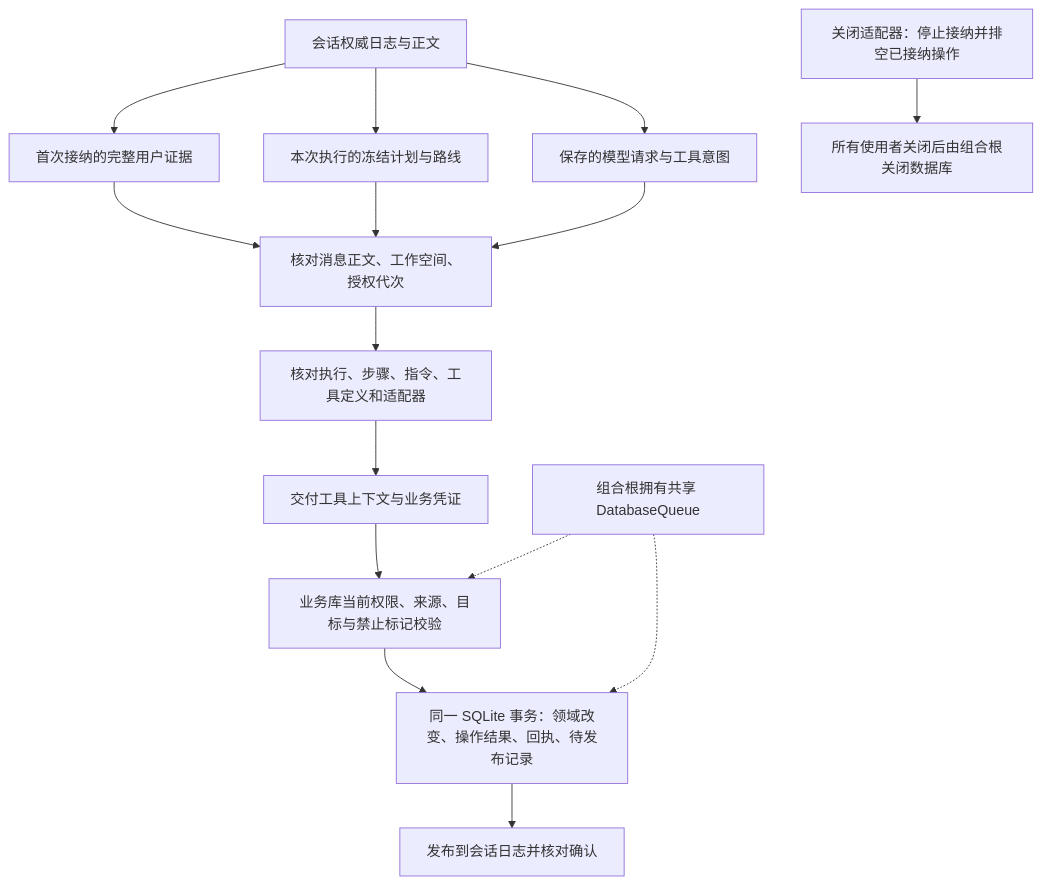
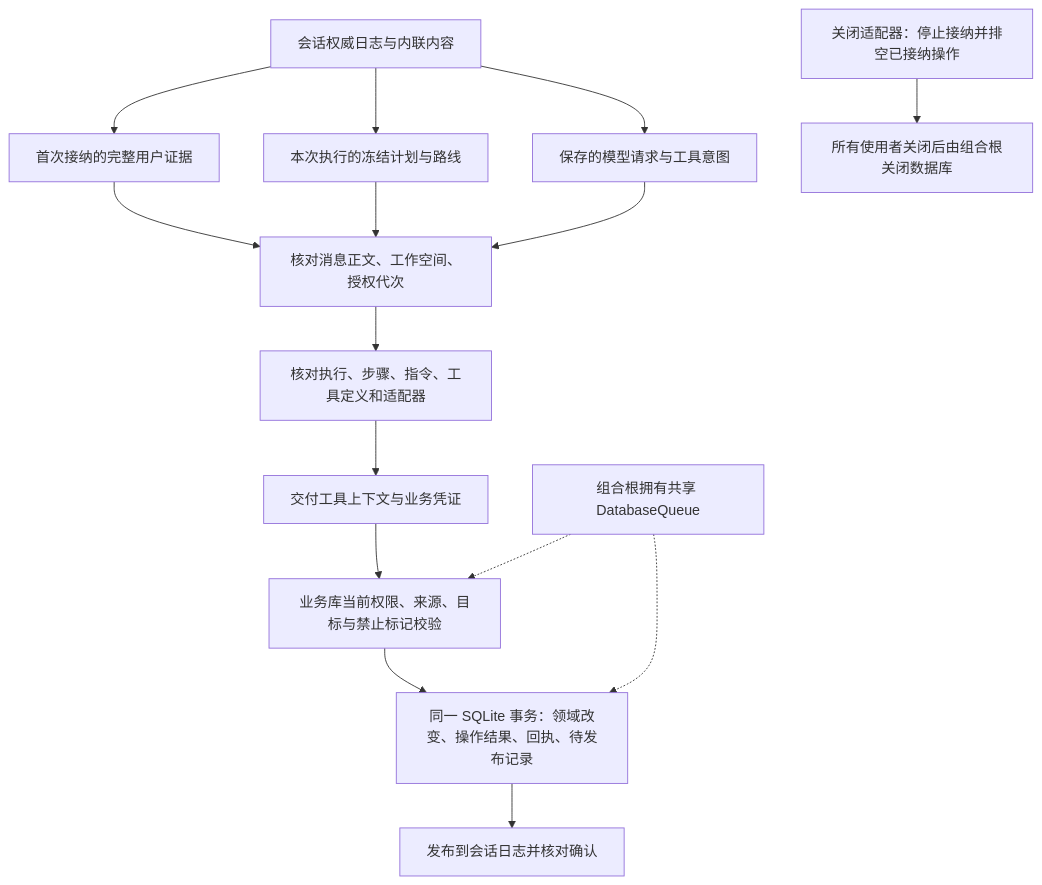
One commit to alwynou/mira changed the second of 3 diagrams in docs/architecture/AGENT_TOOL_EXECUTION.md. Above: the diagram before and after it, drawn with Mermaid. The commit also changed other lines of this file and 290 other files, not shown here.

````diff
--- a/docs/architecture/AGENT_TOOL_EXECUTION.md
+++ b/docs/architecture/AGENT_TOOL_EXECUTION.md
@@ -60,17 +66,17 @@
 ```mermaid
 flowchart TD
-  J[会话权威日志与正文] --> E[首次接纳的完整用户证据]
+  J[会话权威日志与内联内容] --> E[首次接纳的完整用户证据]
   J --> P[本次执行的冻结计划与路线]
   J --> R[保存的模型请求与工具意图]
   E --> V[核对消息正文、工作空间、授权代次]
   P --> V
   R --> V
   V --> I[核对执行、步骤、指令、工具定义和适配器]
   I --> C[交付工具上下文与业务凭证]
   C --> G[业务库当前权限、来源、目标与禁止标记校验]
   G --> T[同一 SQLite 事务：领域改变、操作结果、回执、待发布记录]
   T --> A[发布到会话日志并核对确认]
   O[组合根拥有共享 DatabaseQueue] -.-> G
   O -.-> T
   X[关闭适配器：停止接纳并排空已接纳操作] --> Z[所有使用者关闭后由组合根关闭数据库]
 ```
````
